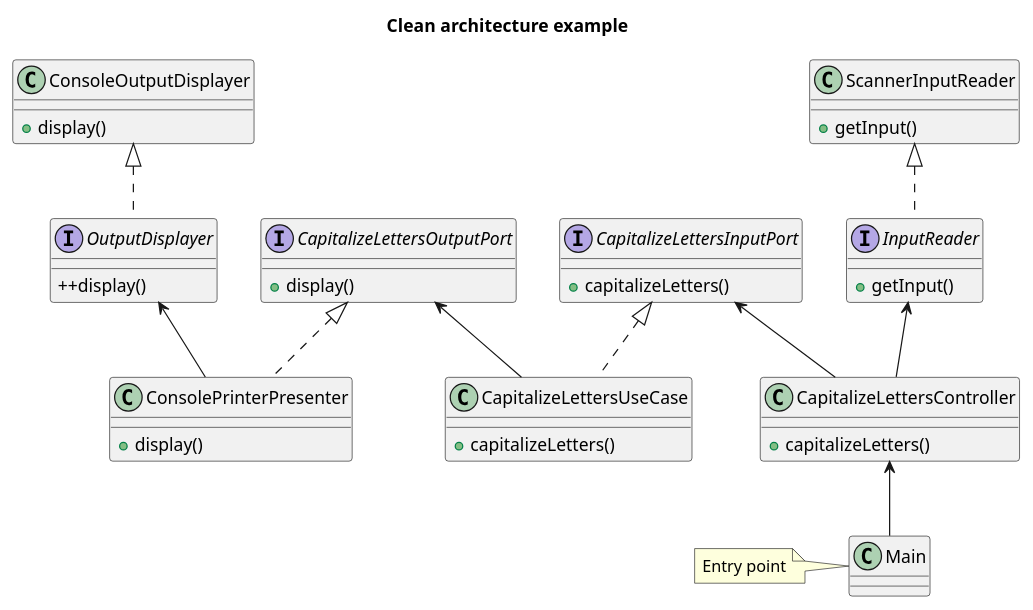
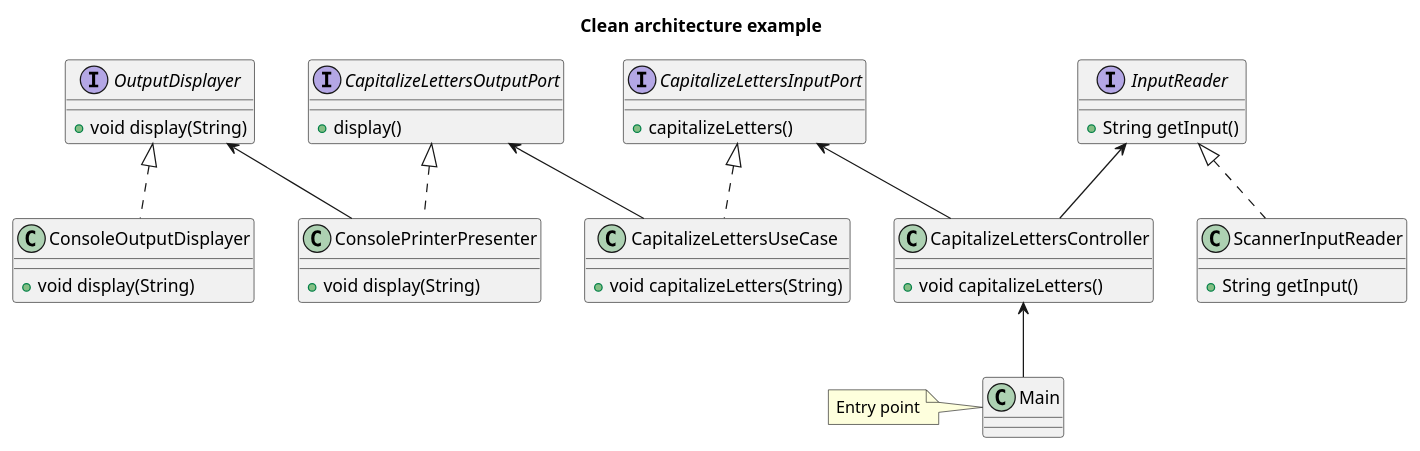
One commit to acejazz/clean-architecture-example changed the diagram in class-diagram.pu. Above: the diagram before and after it, drawn with PlantUML.

```diff
--- a/class-diagram.pu
+++ b/class-diagram.pu
@@ -1,56 +1,56 @@
 @startuml
 
 title Clean architecture example
 
 interface CapitalizeLettersInputPort {
     +capitalizeLetters()
 }
 
 interface CapitalizeLettersOutputPort {
     +display()
 }
 
 interface InputReader {
-    +getInput()
+    +String getInput()
 }
 
 interface OutputDisplayer {
-    ++display()
+    +void display(String)
 }
 
 class CapitalizeLettersUseCase {
-    +capitalizeLetters()
+    +void capitalizeLetters(String)
 }
 
 class CapitalizeLettersController {
-    +capitalizeLetters()
+    +void capitalizeLetters()
 }
 
 class ConsolePrinterPresenter {
-    +display()
+    +void display(String)
 }
 
 class ScannerInputReader {
-    +getInput()
+    +String getInput()
 }
 
 class ConsoleOutputDisplayer {
-    +display()
+    +void display(String)
 }
 
 class Main{
 
 }
 note left: Entry point
 
 CapitalizeLettersInputPort <|.. CapitalizeLettersUseCase
 CapitalizeLettersOutputPort <-- CapitalizeLettersUseCase
 CapitalizeLettersInputPort <-- CapitalizeLettersController
 InputReader <-- CapitalizeLettersController
 CapitalizeLettersOutputPort <|.. ConsolePrinterPresenter
 OutputDisplayer <-- ConsolePrinterPresenter
-ScannerInputReader <|.. InputReader
-ConsoleOutputDisplayer <|.. OutputDisplayer
+InputReader <|.. ScannerInputReader
+OutputDisplayer <|.. ConsoleOutputDisplayer
 CapitalizeLettersController <-- Main
 
 @enduml
```
